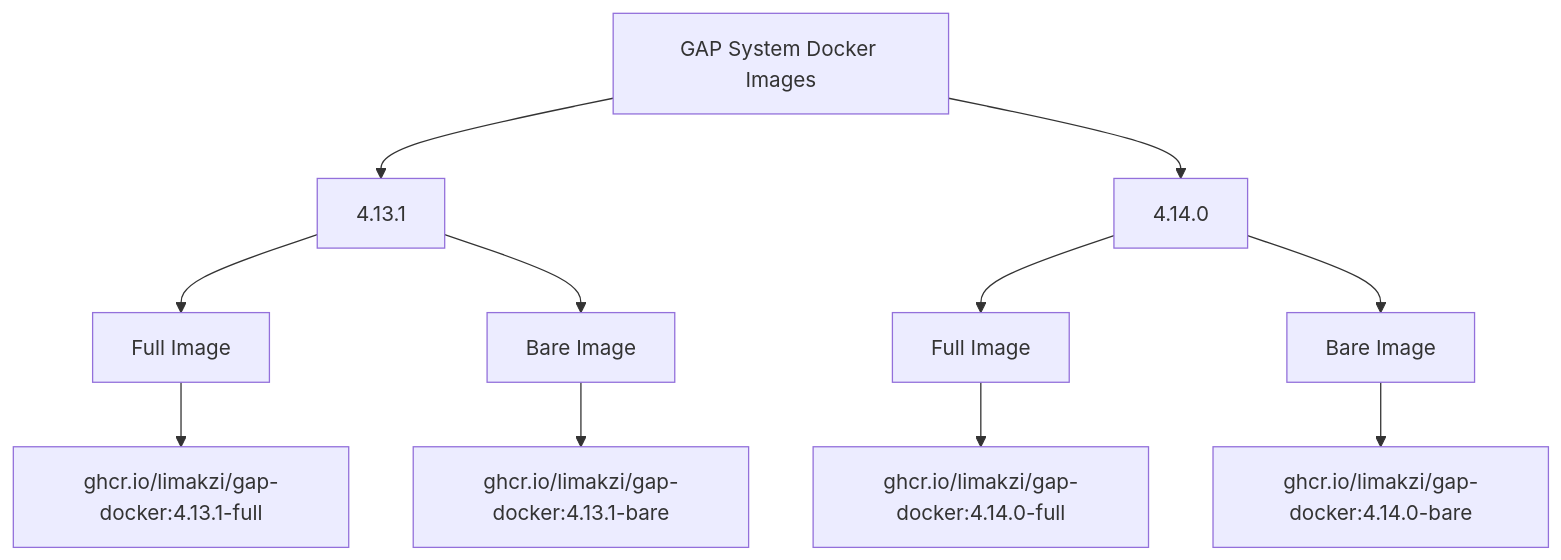
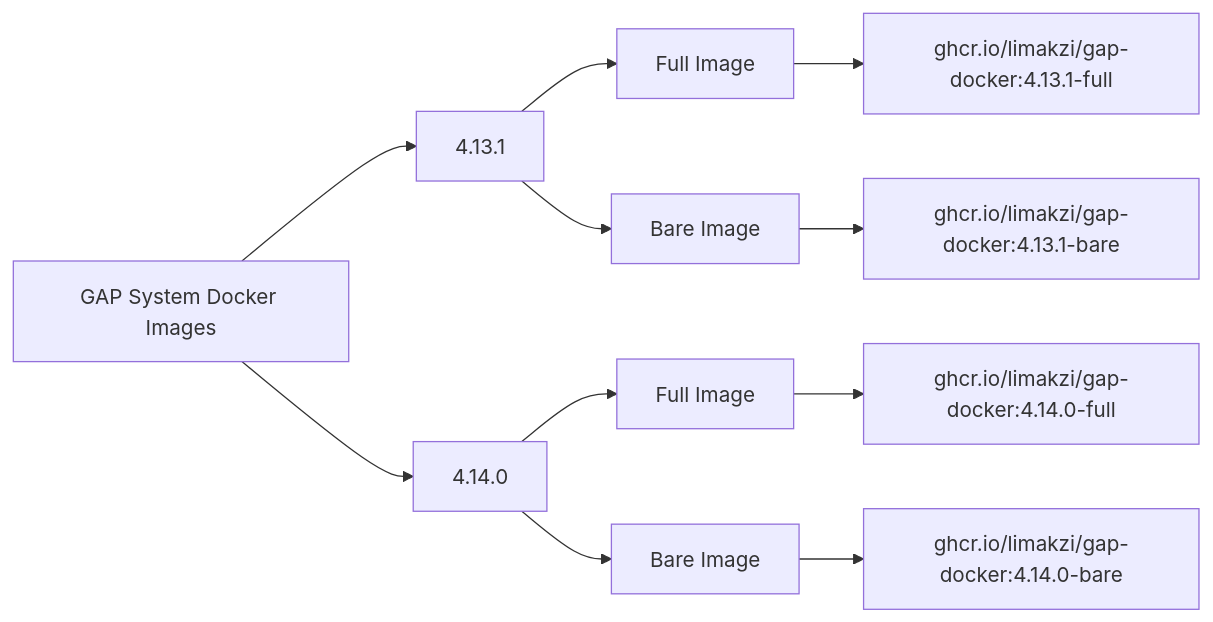
Before and after one commit to gap-system/docker: the diagram in README.md, drawn with Mermaid.

Commit message:
docs: Change to left-right orientation

````diff
--- a/README.md
+++ b/README.md
@@ -7,17 +7,17 @@
 ```mermaid
-    graph TD
+    graph LR
         A[GAP System Docker Images] --> B[4.13.1]
         A --> C[4.14.0]
     
         B --> D[Full Image]
         B --> E[Bare Image]
     
         C --> F[Full Image]
         C --> G[Bare Image]
     
         D --> H[ghcr.io/limakzi/gap-docker:4.13.1-full]
         E --> I[ghcr.io/limakzi/gap-docker:4.13.1-bare]
     
         F --> J[ghcr.io/limakzi/gap-docker:4.14.0-full]
         G --> K[ghcr.io/limakzi/gap-docker:4.14.0-bare]
 ```
````
